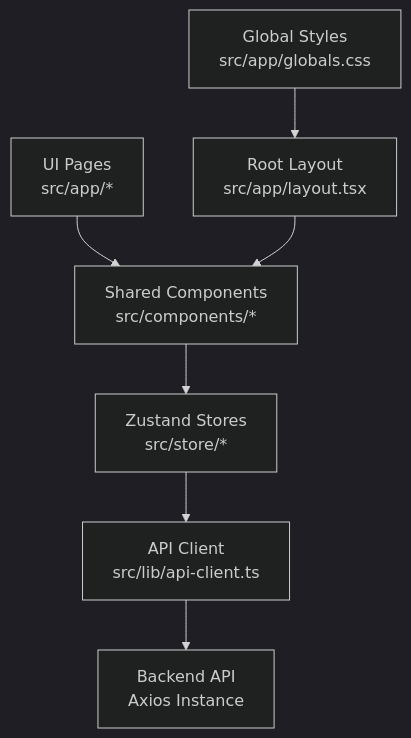
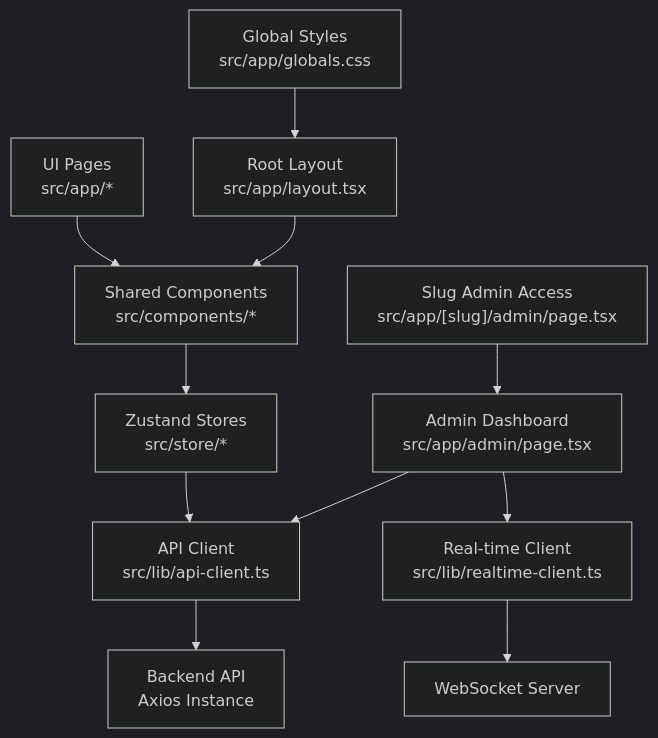
The second of 9 diagrams in .qoder/repowiki/en/content/Frontend System/Frontend System.md (Dequeue-Tech/DeQ-Bite), drawn with Mermaid (dark theme) before and after one commit. The commit also changed other lines of this file and 25 other files, not shown here.

````diff
--- a/.qoder/repowiki/en/content/Frontend System/Frontend System.md
+++ b/.qoder/repowiki/en/content/Frontend System/Frontend System.md
@@ -124,9 +150,13 @@
 ```mermaid
 graph TB
 UI["UI Pages<br/>src/app/*"] --> Comp["Shared Components<br/>src/components/*"]
 Comp --> Store["Zustand Stores<br/>src/store/*"]
 Store --> API["API Client<br/>src/lib/api-client.ts"]
 API --> BE["Backend API<br/>Axios Instance"]
+RT["Real-time Client<br/>src/lib/realtime-client.ts"] --> WS["WebSocket Server"]
 Layout["Root Layout<br/>src/app/layout.tsx"] --> Comp
 Styles["Global Styles<br/>src/app/globals.css"] --> Layout
+Admin["Admin Dashboard<br/>src/app/admin/page.tsx"] --> API
+Admin --> RT
+SlugAdmin["Slug Admin Access<br/>src/app/[slug]/admin/page.tsx"] --> Admin
 ```
````
